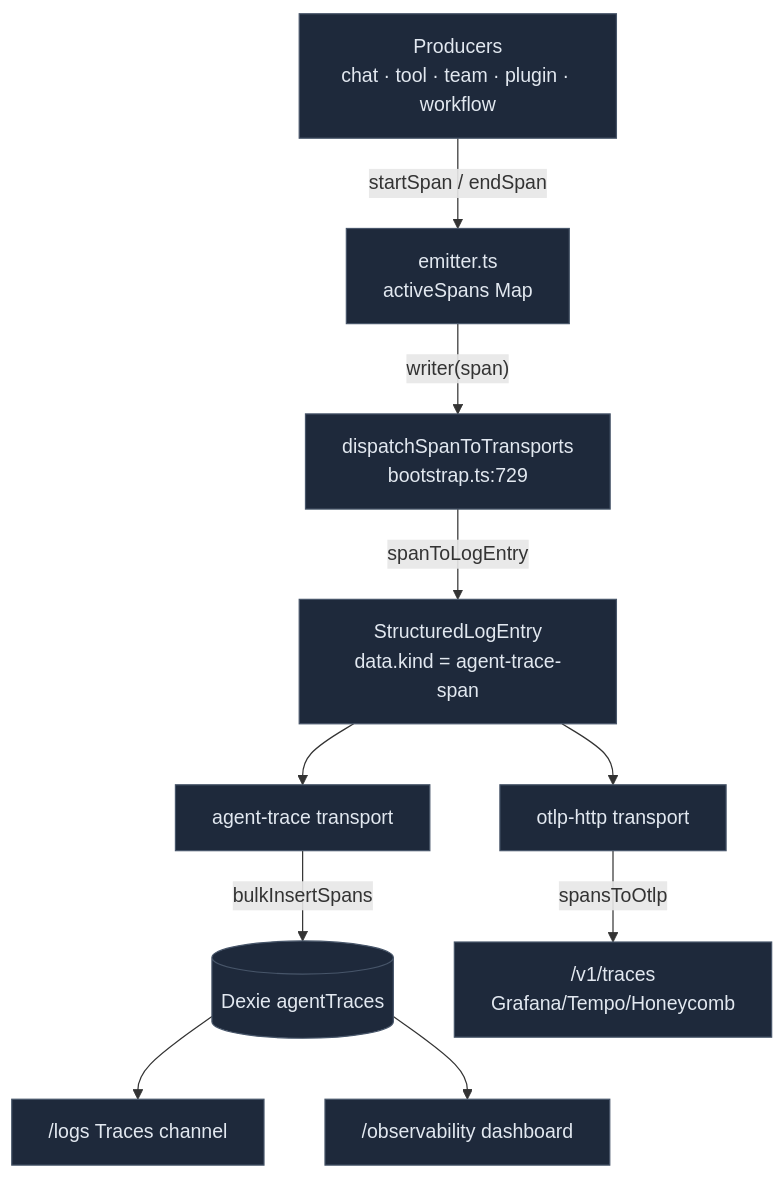
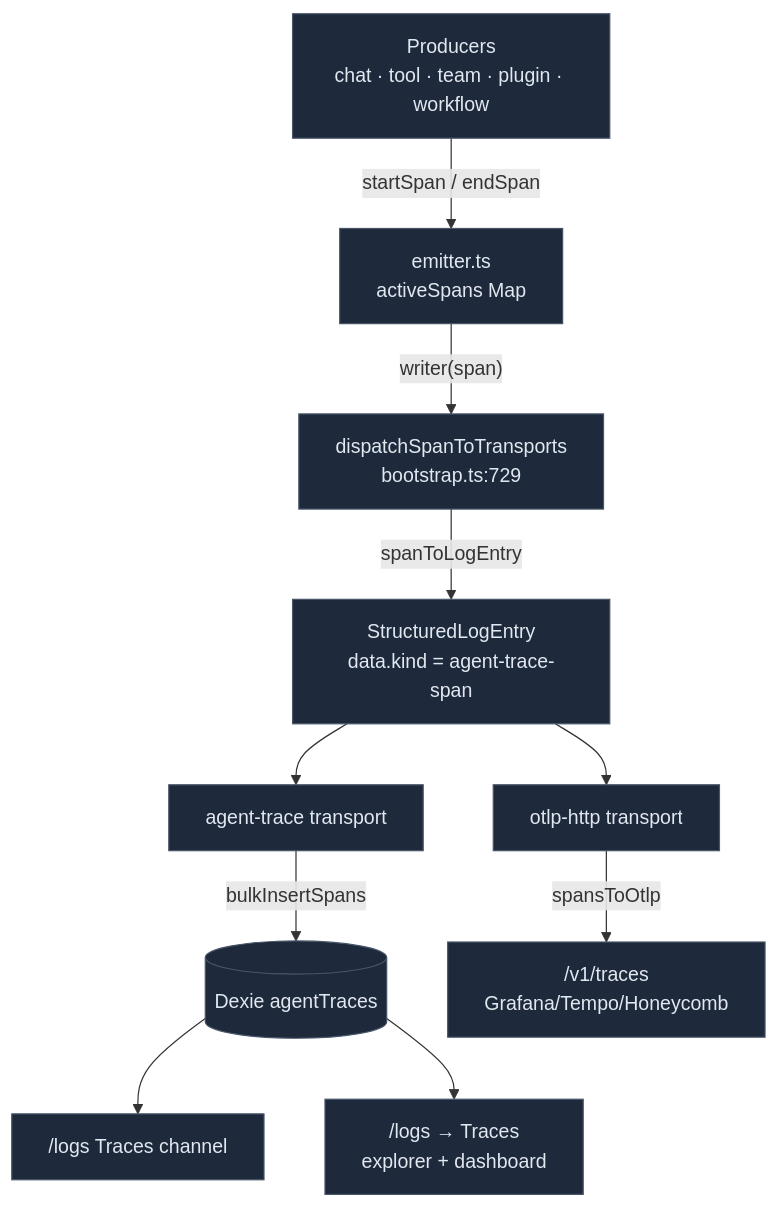
Before and after one commit to MaxQian888/cognia-next: the diagram in docs/content/docs/en/subsystems/observability/agent-trace.mdx, drawn with Mermaid. The commit also changed 33 other files, not shown here.

````diff
--- a/docs/content/docs/en/subsystems/observability/agent-trace.mdx
+++ b/docs/content/docs/en/subsystems/observability/agent-trace.mdx
@@ -94,16 +94,16 @@
 ```mermaid
 flowchart TB
   Prod["Producers<br/>chat · tool · team · plugin · workflow"]
   Prod -->|"startSpan / endSpan"| Em["emitter.ts<br/>activeSpans Map"]
   Em -->|"writer(span)"| Disp["dispatchSpanToTransports<br/>bootstrap.ts:729"]
   Disp -->|"spanToLogEntry"| Entry["StructuredLogEntry<br/>data.kind = agent-trace-span"]
   Entry --> AT["agent-trace transport"]
   Entry --> OTLP["otlp-http transport"]
   AT -->|"bulkInsertSpans"| Dexie[("Dexie agentTraces")]
   OTLP -->|"spansToOtlp"| Wire["/v1/traces<br/>Grafana/Tempo/Honeycomb"]
   Dexie --> Panel["/logs Traces channel"]
-  Dexie --> Dash["/observability dashboard"]
+  Dexie --> Dash["/logs → Traces<br/>explorer + dashboard"]
 
   classDef box fill:#1e293b,stroke:#475569,color:#e2e8f0
   class Prod,Em,Disp,Entry,AT,OTLP,Dexie,Wire,Panel,Dash box
 ```
````
